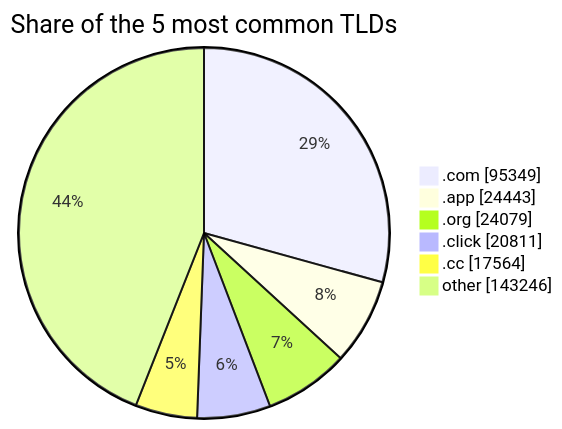
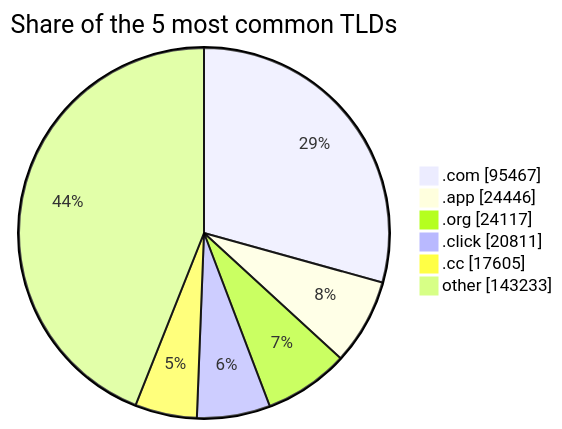
One commit to DNSBunker/CTI changed the third of 3 diagrams in README.md. Above: the diagram before and after it, drawn with Mermaid. The commit also changed other lines of this file and 4 other files, not shown here.

````diff
--- a/README.md
+++ b/README.md
@@ -81,9 +81,9 @@
 ```mermaid
 pie showData title Share of the 5 most common TLDs
-    ".com" : 95349
-    ".app" : 24443
-    ".org" : 24079
+    ".com" : 95467
+    ".app" : 24446
+    ".org" : 24117
     ".click" : 20811
-    ".cc" : 17564
-    "other" : 143246
+    ".cc" : 17605
+    "other" : 143233
 ```
````
